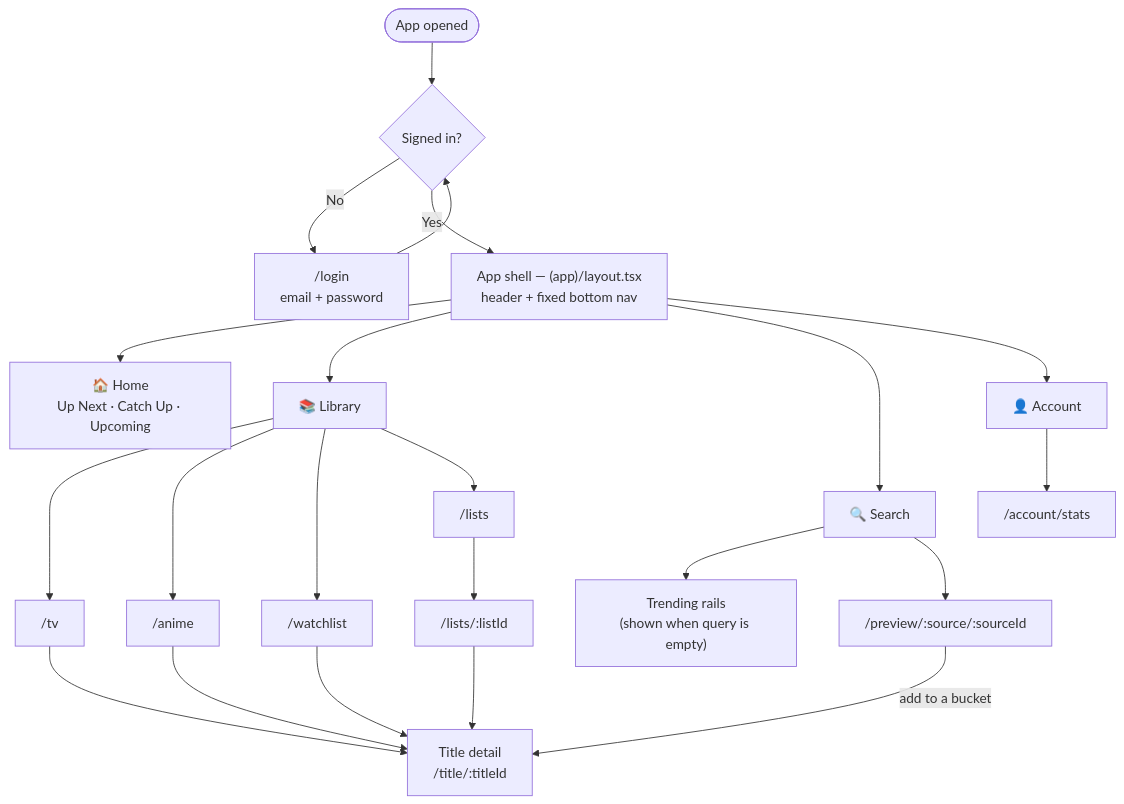
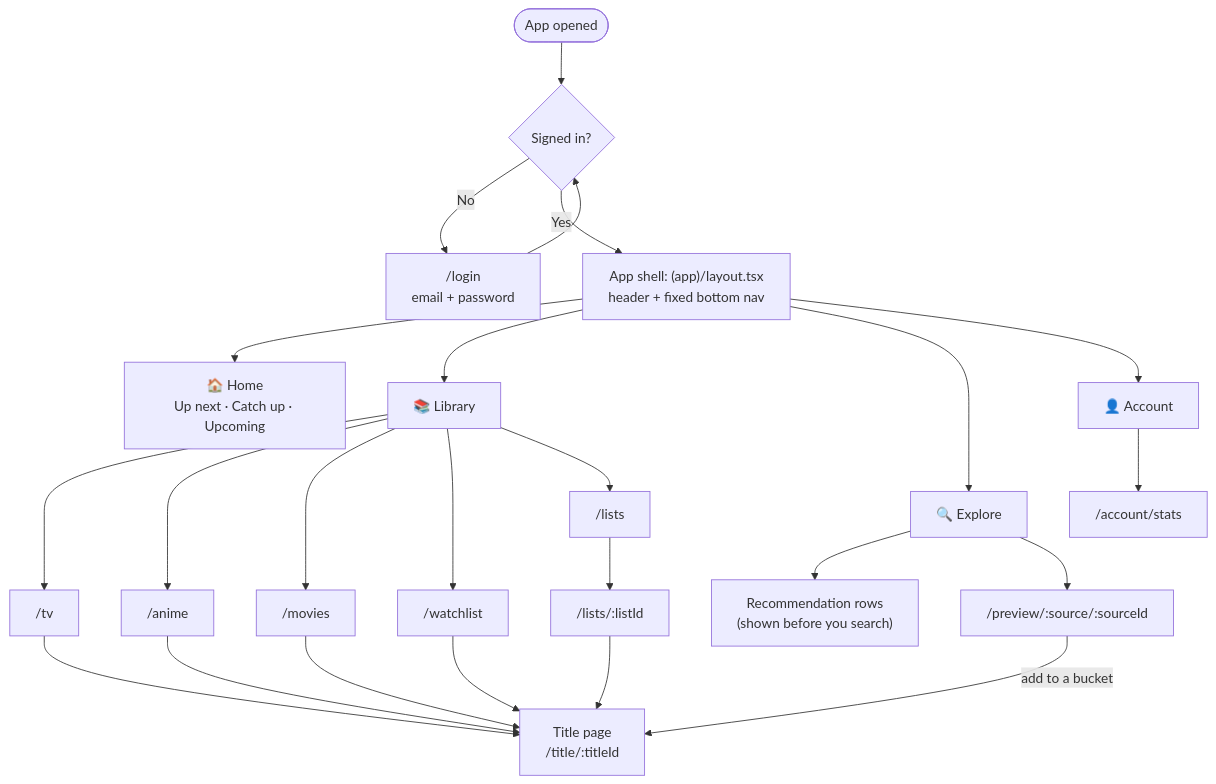
Before and after one commit to anshu-ravi/tv-tracker: the third of 8 diagrams in README.md, drawn with Mermaid. The commit also changed other lines of this file and 11 other files, not shown here.

````diff
--- a/README.md
+++ b/README.md
@@ -273,28 +276,30 @@
 ```mermaid
 flowchart TD
     Start(["App opened"]) --> Check{"Signed in?"}
     Check -- No --> Login["/login<br/>email + password"]
     Login --> Check
-    Check -- Yes --> Shell["App shell — (app)/layout.tsx<br/>header + fixed bottom nav"]
+    Check -- Yes --> Shell["App shell: (app)/layout.tsx<br/>header + fixed bottom nav"]
 
-    Shell --> Home["🏠 Home<br/>Up Next · Catch Up · Upcoming"]
+    Shell --> Home["🏠 Home<br/>Up next · Catch up · Upcoming"]
     Shell --> Library["📚 Library"]
-    Shell --> Search["🔍 Search"]
+    Shell --> Explore["🔍 Explore"]
     Shell --> Account["👤 Account"]
 
     Library --> TV["/tv"]
     Library --> Anime["/anime"]
+    Library --> Movies["/movies"]
     Library --> Watchlist["/watchlist"]
     Library --> Lists["/lists"]
 
-    TV --> TitlePage["Title detail<br/>/title/:titleId"]
+    TV --> TitlePage["Title page<br/>/title/:titleId"]
     Anime --> TitlePage
+    Movies --> TitlePage
     Watchlist --> TitlePage
     Lists --> ListDetail["/lists/:listId"] --> TitlePage
 
-    Search --> ExploreRail["Trending rails<br/>(shown when query is empty)"]
-    Search --> Preview["/preview/:source/:sourceId"]
+    Explore --> Recs["Recommendation rows<br/>(shown before you search)"]
+    Explore --> Preview["/preview/:source/:sourceId"]
     Preview -->|add to a bucket| TitlePage
 
     Account --> Stats["/account/stats"]
 ```
````
